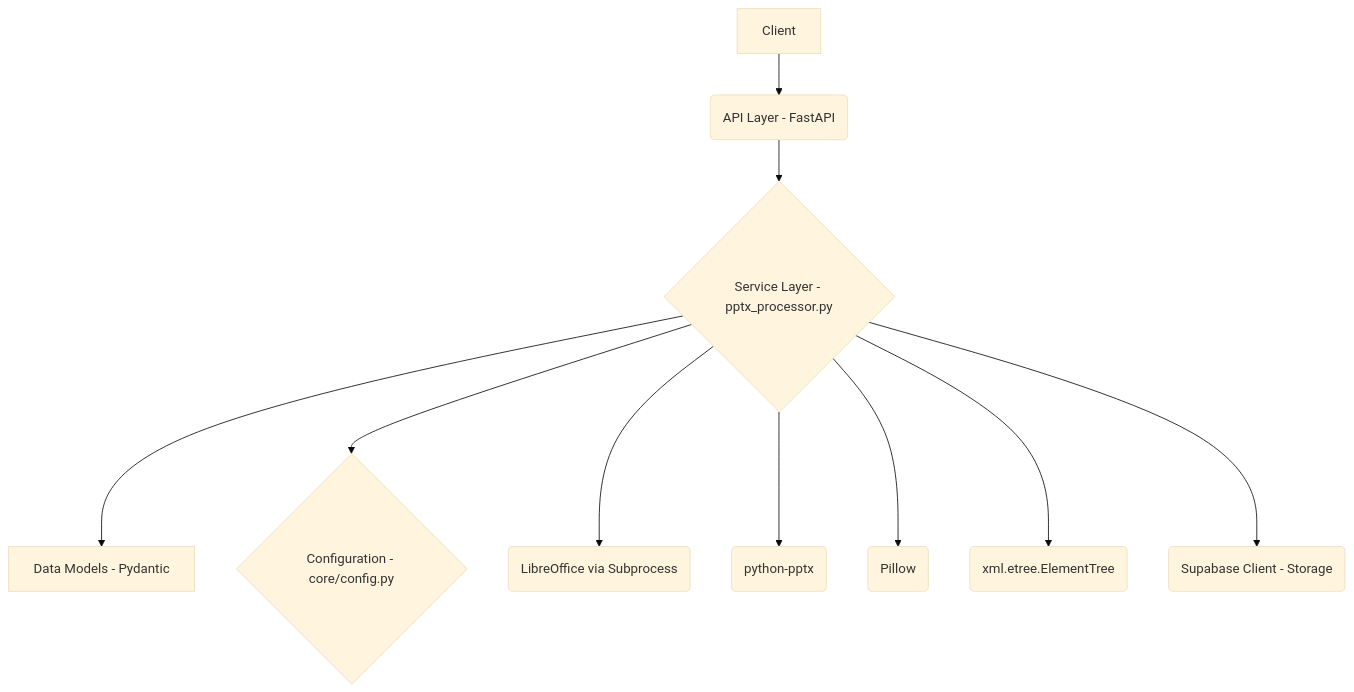
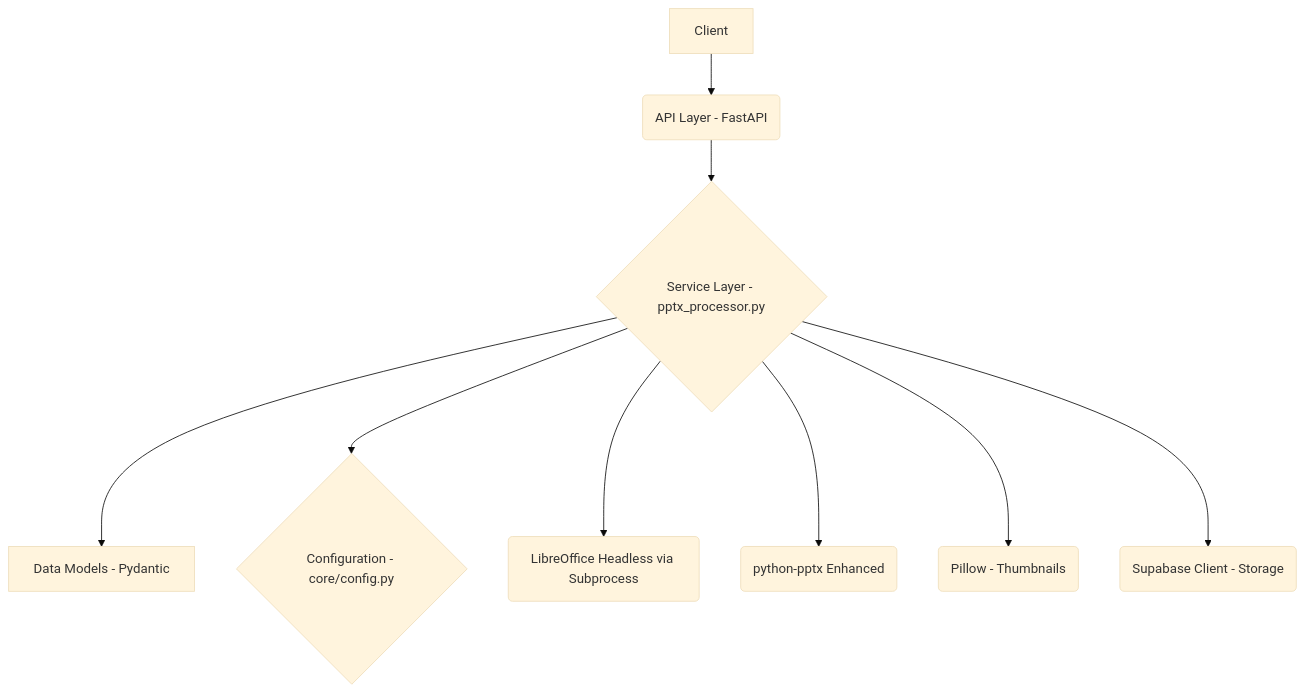
Before and after one commit to OmkarKirpan/pptxTrans: the first of 2 diagrams in services/pptx-processor/memory-bank/systemPatterns.md, drawn with Mermaid (base theme). The commit also changed other lines of this file and 10 other files, not shown here.

First line of the commit message:
Refactor PPTX Processor Service for enhanced SVG generation and text extraction

````diff
--- a/services/pptx-processor/memory-bank/systemPatterns.md
+++ b/services/pptx-processor/memory-bank/systemPatterns.md
@@ -7,12 +7,11 @@
 ```mermaid
 graph TD
     A[Client] --> B(API Layer - FastAPI)
     B --> C{Service Layer - pptx_processor.py}
     C --> D[Data Models - Pydantic]
     C --> E{Configuration - core/config.py}
-    C --> F(LibreOffice via Subprocess)
-    C --> G(python-pptx)
-    C --> H(Pillow)
-    C --> I(xml.etree.ElementTree)
-    C --> J(Supabase Client - Storage)
+    C --> F(LibreOffice Headless via Subprocess)
+    C --> G(python-pptx Enhanced)
+    C --> H(Pillow - Thumbnails)
+    C --> I(Supabase Client - Storage)
 ```
````
